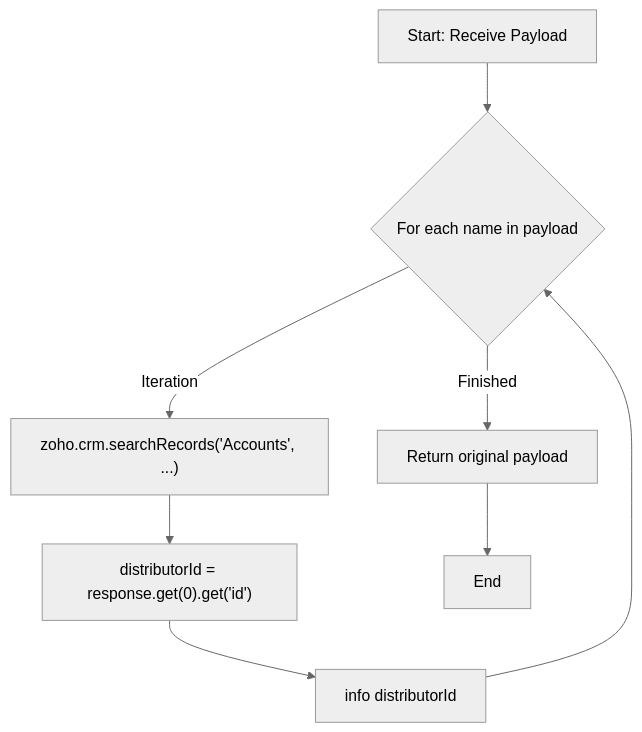
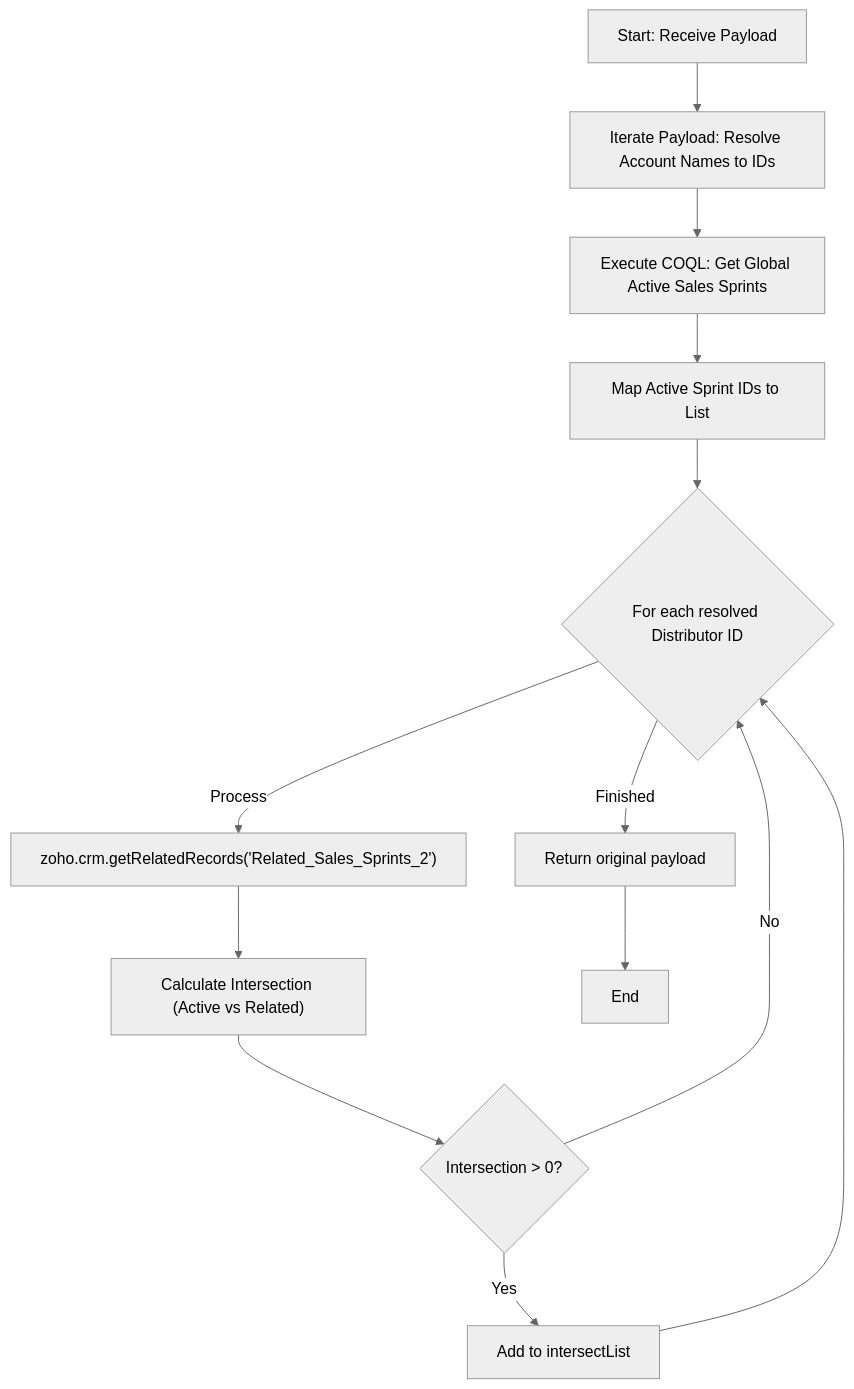
The diagram in scripts/delugeSendToActiveCampaignLimit/delugeSendToActiveCampaignLimit.md (martinkp93/zoho-scripts), drawn with Mermaid (neutral theme) before and after one commit. The commit also changed other lines of this file, not shown here.

Commit message:
Update delugeSendToActiveCampaignLimit.md docs via DeluluDocu

````diff
--- a/scripts/delugeSendToActiveCampaignLimit/delugeSendToActiveCampaignLimit.md
+++ b/scripts/delugeSendToActiveCampaignLimit/delugeSendToActiveCampaignLimit.md
@@ -32,10 +36,15 @@
 ```mermaid
 graph TD
-    Start["Start: Receive Payload"] --> LoopStart{"For each name in payload"}
-    LoopStart -- "Iteration" --> SearchCRM["zoho.crm.searchRecords('Accounts', ...)"]
-    SearchCRM --> GetID["distributorId = response.get(0).get('id')"]
-    GetID --> LogID["info distributorId"]
-    LogID --> LoopStart
-    LoopStart -- "Finished" --> ReturnPayload["Return original payload"]
+    Start["Start: Receive Payload"] --> ResolveDistributors["Iterate Payload: Resolve Account Names to IDs"]
+    ResolveDistributors --> COQLQuery["Execute COQL: Get Global Active Sales Sprints"]
+    COQLQuery --> MapActiveIDs["Map Active Sprint IDs to List"]
+    MapActiveIDs --> DistLoopStart{"For each resolved Distributor ID"}
+    DistLoopStart -- "Process" --> GetRelated["zoho.crm.getRelatedRecords('Related_Sales_Sprints_2')"]
+    GetRelated --> Intersect["Calculate Intersection (Active vs Related)"]
+    Intersect --> CheckSize{"Intersection > 0?"}
+    CheckSize -- "Yes" --> AddToList["Add to intersectList"]
+    CheckSize -- "No" --> DistLoopStart
+    AddToList --> DistLoopStart
+    DistLoopStart -- "Finished" --> ReturnPayload["Return original payload"]
     ReturnPayload --> End["End"]
 ```
````
